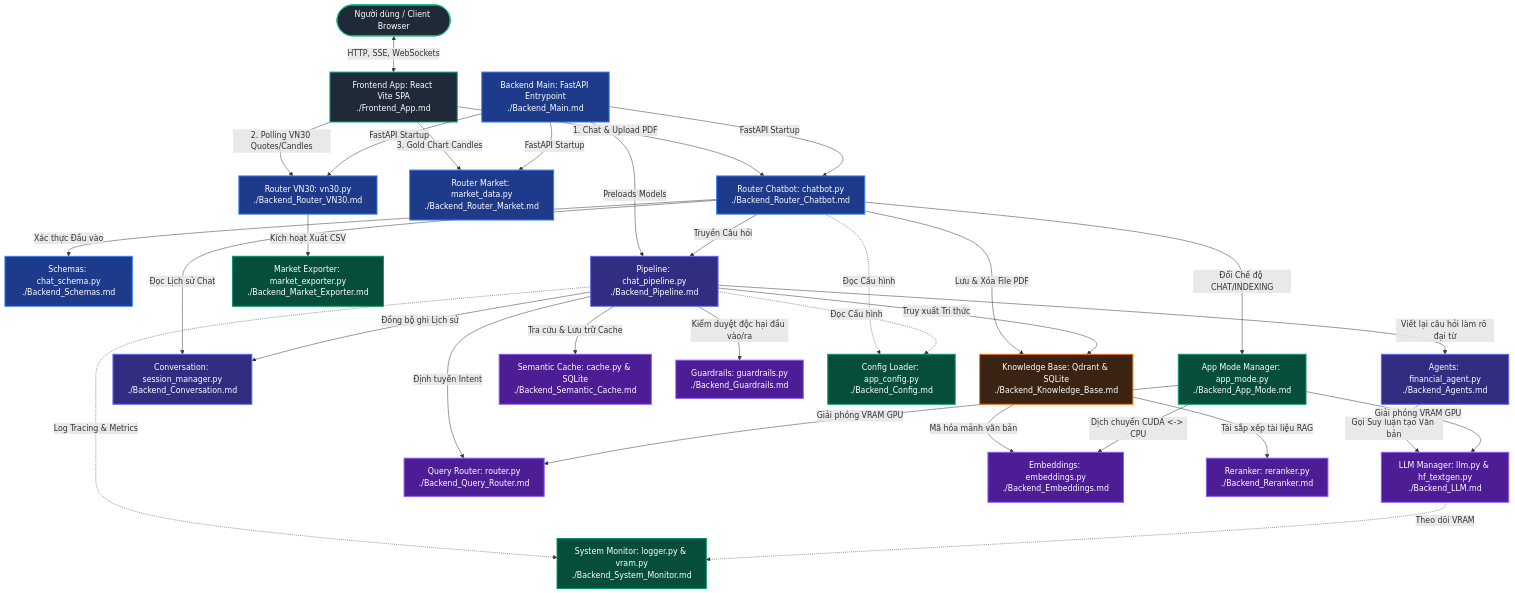
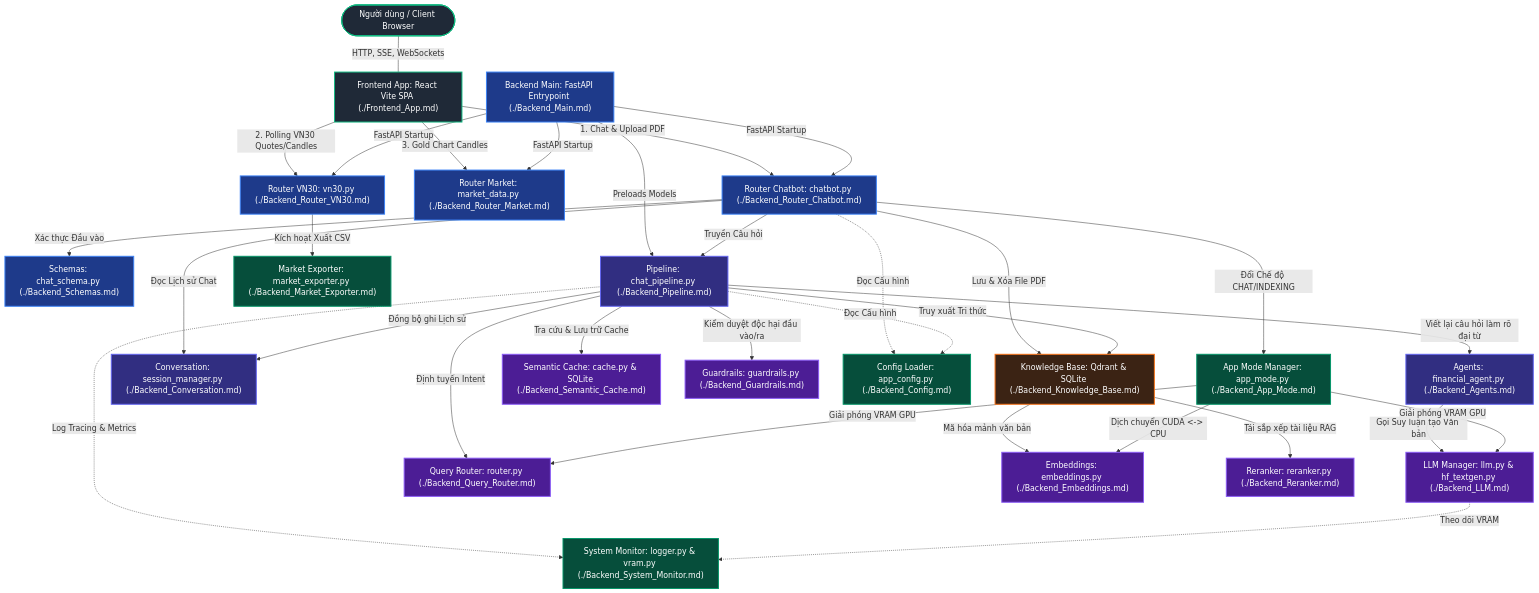
Before and after one commit to nguyen-thanh-1/Special_Subject_AI: the diagram in project_graph/README.md, drawn with Mermaid. The commit also changed other lines of this file, not shown here.

Commit message:
docs: add README.md to project_graph directory

````diff
--- a/project_graph/README.md
+++ b/project_graph/README.md
@@ -18,80 +18,80 @@
 ```mermaid
 graph TD
-    %% Định nghĩa các lớp CSS cho node
-    classDef client fill:#1f2937,stroke:#10b981,stroke-width:2px,color:#fff;
-    classDef entry fill:#1e3a8a,stroke:#3b82f6,stroke-width:2px,color:#fff;
-    classDef orchestrator fill:#312e81,stroke:#6366f1,stroke-width:2px,color:#fff;
-    classDef database fill:#3b2314,stroke:#f97316,stroke-width:2px,color:#fff;
-    classDef ai fill:#4c1d95,stroke:#8b5cf6,stroke-width:2px,color:#fff;
-    classDef infra fill:#064e3b,stroke:#059669,stroke-width:2px,color:#fff;
+    %% Định nghĩa các lớp CSS cho node (Không dùng dấu chấm phẩy ở cuối)
+    classDef client fill:#1f2937,stroke:#10b981,stroke-width:2px,color:#fff
+    classDef entry fill:#1e3a8a,stroke:#3b82f6,stroke-width:2px,color:#fff
+    classDef orchestrator fill:#312e81,stroke:#6366f1,stroke-width:2px,color:#fff
+    classDef database fill:#3b2314,stroke:#f97316,stroke-width:2px,color:#fff
+    classDef ai fill:#4c1d95,stroke:#8b5cf6,stroke-width:2px,color:#fff
+    classDef infra fill:#064e3b,stroke:#059669,stroke-width:2px,color:#fff
 
-    %% 1. Khai báo các Nodes chính kèm Link tài liệu
-    User([Người dùng / Client Browser]):::client
-    Frontend_App[Frontend App: React Vite SPA<br/>./Frontend_App.md]:::client
+    %% 1. Khai báo các Nodes chính kèm Link tài liệu (Bọc nhãn bằng dấu nháy kép để tránh lỗi cú pháp)
+    User(["Người dùng / Client Browser"]):::client
+    Frontend_App["Frontend App: React Vite SPA (./Frontend_App.md)"]:::client
 
-    Backend_Main[Backend Main: FastAPI Entrypoint<br/>./Backend_Main.md]:::entry
-    Backend_Router_Chatbot[Router Chatbot: chatbot.py<br/>./Backend_Router_Chatbot.md]:::entry
-    Backend_Router_Market[Router Market: market_data.py<br/>./Backend_Router_Market.md]:::entry
-    Backend_Router_VN30[Router VN30: vn30.py<br/>./Backend_Router_VN30.md]:::entry
-    Backend_Schemas[Schemas: chat_schema.py<br/>./Backend_Schemas.md]:::entry
+    Backend_Main["Backend Main: FastAPI Entrypoint (./Backend_Main.md)"]:::entry
+    Backend_Router_Chatbot["Router Chatbot: chatbot.py (./Backend_Router_Chatbot.md)"]:::entry
+    Backend_Router_Market["Router Market: market_data.py (./Backend_Router_Market.md)"]:::entry
+    Backend_Router_VN30["Router VN30: vn30.py (./Backend_Router_VN30.md)"]:::entry
+    Backend_Schemas["Schemas: chat_schema.py (./Backend_Schemas.md)"]:::entry
 
-    Backend_Pipeline[Pipeline: chat_pipeline.py<br/>./Backend_Pipeline.md]:::orchestrator
-    Backend_Agents[Agents: financial_agent.py<br/>./Backend_Agents.md]:::orchestrator
-    Backend_Conversation[Conversation: session_manager.py<br/>./Backend_Conversation.md]:::orchestrator
+    Backend_Pipeline["Pipeline: chat_pipeline.py (./Backend_Pipeline.md)"]:::orchestrator
+    Backend_Agents["Agents: financial_agent.py (./Backend_Agents.md)"]:::orchestrator
+    Backend_Conversation["Conversation: session_manager.py (./Backend_Conversation.md)"]:::orchestrator
 
-    Backend_Knowledge_Base[Knowledge Base: Qdrant & SQLite<br/>./Backend_Knowledge_Base.md]:::database
+    Backend_Knowledge_Base["Knowledge Base: Qdrant & SQLite (./Backend_Knowledge_Base.md)"]:::database
 
-    Backend_LLM[LLM Manager: llm.py & hf_textgen.py<br/>./Backend_LLM.md]:::ai
-    Backend_Semantic_Cache[Semantic Cache: cache.py & SQLite<br/>./Backend_Semantic_Cache.md]:::ai
-    Backend_Guardrails[Guardrails: guardrails.py<br/>./Backend_Guardrails.md]:::ai
-    Backend_Query_Router[Query Router: router.py<br/>./Backend_Query_Router.md]:::ai
-    Backend_Embeddings[Embeddings: embeddings.py<br/>./Backend_Embeddings.md]:::ai
-    Backend_Reranker[Reranker: reranker.py<br/>./Backend_Reranker.md]:::ai
+    Backend_LLM["LLM Manager: llm.py & hf_textgen.py (./Backend_LLM.md)"]:::ai
+    Backend_Semantic_Cache["Semantic Cache: cache.py & SQLite (./Backend_Semantic_Cache.md)"]:::ai
+    Backend_Guardrails["Guardrails: guardrails.py (./Backend_Guardrails.md)"]:::ai
+    Backend_Query_Router["Query Router: router.py (./Backend_Query_Router.md)"]:::ai
+    Backend_Embeddings["Embeddings: embeddings.py (./Backend_Embeddings.md)"]:::ai
+    Backend_Reranker["Reranker: reranker.py (./Backend_Reranker.md)"]:::ai
 
-    Backend_Config[Config Loader: app_config.py<br/>./Backend_Config.md]:::infra
-    Backend_App_Mode[App Mode Manager: app_mode.py<br/>./Backend_App_Mode.md]:::infra
-    Backend_Market_Exporter[Market Exporter: market_exporter.py<br/>./Backend_Market_Exporter.md]:::infra
-    Backend_System_Monitor[System Monitor: logger.py & vram.py<br/>./Backend_System_Monitor.md]:::infra
+    Backend_Config["Config Loader: app_config.py (./Backend_Config.md)"]:::infra
+    Backend_App_Mode["App Mode Manager: app_mode.py (./Backend_App_Mode.md)"]:::infra
+    Backend_Market_Exporter["Market Exporter: market_exporter.py (./Backend_Market_Exporter.md)"]:::infra
+    Backend_System_Monitor["System Monitor: logger.py & vram.py (./Backend_System_Monitor.md)"]:::infra
 
     %% 2. Thiết lập liên kết Đồ thị (Connections)
-    User <-->|HTTP, SSE, WebSockets| Frontend_App
-    
-    Frontend_App -->|1. Chat & Upload PDF| Backend_Router_Chatbot
-    Frontend_App -->|2. Polling VN30 Quotes/Candles| Backend_Router_VN30
-    Frontend_App -->|3. Gold Chart Candles| Backend_Router_Market
+    User ---|"HTTP, SSE, WebSockets"| Frontend_App
 
-    Backend_Main -->|FastAPI Startup| Backend_Router_Chatbot
-    Backend_Main -->|FastAPI Startup| Backend_Router_Market
-    Backend_Main -->|FastAPI Startup| Backend_Router_VN30
-    Backend_Main -->|Preloads Models| Backend_Pipeline
+    Frontend_App -->|"1. Chat & Upload PDF"| Backend_Router_Chatbot
+    Frontend_App -->|"2. Polling VN30 Quotes/Candles"| Backend_Router_VN30
+    Frontend_App -->|"3. Gold Chart Candles"| Backend_Router_Market
 
-    Backend_Router_Chatbot -->|Xác thực Đầu vào| Backend_Schemas
-    Backend_Router_Chatbot -->|Đọc Lịch sử Chat| Backend_Conversation
-    Backend_Router_Chatbot -->|Lưu & Xóa File PDF| Backend_Knowledge_Base
-    Backend_Router_Chatbot -->|Đổi Chế độ CHAT/INDEXING| Backend_App_Mode
-    Backend_Router_Chatbot -->|Truyền Câu hỏi| Backend_Pipeline
+    Backend_Main -->|"FastAPI Startup"| Backend_Router_Chatbot
+    Backend_Main -->|"FastAPI Startup"| Backend_Router_Market
+    Backend_Main -->|"FastAPI Startup"| Backend_Router_VN30
+    Backend_Main -->|"Preloads Models"| Backend_Pipeline
 
-    Backend_Router_VN30 -->|Kích hoạt Xuất CSV| Backend_Market_Exporter
+    Backend_Router_Chatbot -->|"Xác thực Đầu vào"| Backend_Schemas
+    Backend_Router_Chatbot -->|"Đọc Lịch sử Chat"| Backend_Conversation
+    Backend_Router_Chatbot -->|"Lưu & Xóa File PDF"| Backend_Knowledge_Base
+    Backend_Router_Chatbot -->|"Đổi Chế độ CHAT/INDEXING"| Backend_App_Mode
+    Backend_Router_Chatbot -->|"Truyền Câu hỏi"| Backend_Pipeline
 
-    Backend_Pipeline -->|Kiểm duyệt độc hại đầu vào/ra| Backend_Guardrails
-    Backend_Pipeline -->|Viết lại câu hỏi làm rõ đại từ| Backend_Agents
-    Backend_Pipeline -->|Tra cứu & Lưu trữ Cache| Backend_Semantic_Cache
-    Backend_Pipeline -->|Định tuyến Intent| Backend_Query_Router
-    Backend_Pipeline -->|Truy xuất Tri thức| Backend_Knowledge_Base
-    Backend_Pipeline -->|Đồng bộ ghi Lịch sử| Backend_Conversation
+    Backend_Router_VN30 -->|"Kích hoạt Xuất CSV"| Backend_Market_Exporter
 
-    Backend_Agents -->|Gọi Suy luận tạo Văn bản| Backend_LLM
+    Backend_Pipeline -->|"Kiểm duyệt độc hại đầu vào/ra"| Backend_Guardrails
+    Backend_Pipeline -->|"Viết lại câu hỏi làm rõ đại từ"| Backend_Agents
+    Backend_Pipeline -->|"Tra cứu & Lưu trữ Cache"| Backend_Semantic_Cache
+    Backend_Pipeline -->|"Định tuyến Intent"| Backend_Query_Router
+    Backend_Pipeline -->|"Truy xuất Tri thức"| Backend_Knowledge_Base
+    Backend_Pipeline -->|"Đồng bộ ghi Lịch sử"| Backend_Conversation
 
-    Backend_Knowledge_Base -->|Mã hóa mảnh văn bản| Backend_Embeddings
-    Backend_Knowledge_Base -->|Tái sắp xếp tài liệu RAG| Backend_Reranker
+    Backend_Agents -->|"Gọi Suy luận tạo Văn bản"| Backend_LLM
 
-    Backend_App_Mode -->|Giải phóng VRAM GPU| Backend_LLM
-    Backend_App_Mode -->|Giải phóng VRAM GPU| Backend_Query_Router
-    Backend_App_Mode -->|Dịch chuyển CUDA <-> CPU| Backend_Embeddings
+    Backend_Knowledge_Base -->|"Mã hóa mảnh văn bản"| Backend_Embeddings
+    Backend_Knowledge_Base -->|"Tái sắp xếp tài liệu RAG"| Backend_Reranker
+
+    Backend_App_Mode -->|"Giải phóng VRAM GPU"| Backend_LLM
+    Backend_App_Mode -->|"Giải phóng VRAM GPU"| Backend_Query_Router
+    Backend_App_Mode -->|"Dịch chuyển CUDA <-> CPU"| Backend_Embeddings
 
     %% 3. Cấu hình & Giám sát hệ thống (Hệ thống đường kẻ mờ/chấm để biểu diễn tính toàn cục)
-    Backend_Pipeline -.->|Log Tracing & Metrics| Backend_System_Monitor
-    Backend_LLM -.->|Theo dõi VRAM| Backend_System_Monitor
-    Backend_Router_Chatbot -.->|Đọc Cấu hình| Backend_Config
-    Backend_Pipeline -.->|Đọc Cấu hình| Backend_Config
+    Backend_Pipeline -.->|"Log Tracing & Metrics"| Backend_System_Monitor
+    Backend_LLM -.->|"Theo dõi VRAM"| Backend_System_Monitor
+    Backend_Router_Chatbot -.->|"Đọc Cấu hình"| Backend_Config
+    Backend_Pipeline -.->|"Đọc Cấu hình"| Backend_Config
 ```
````
